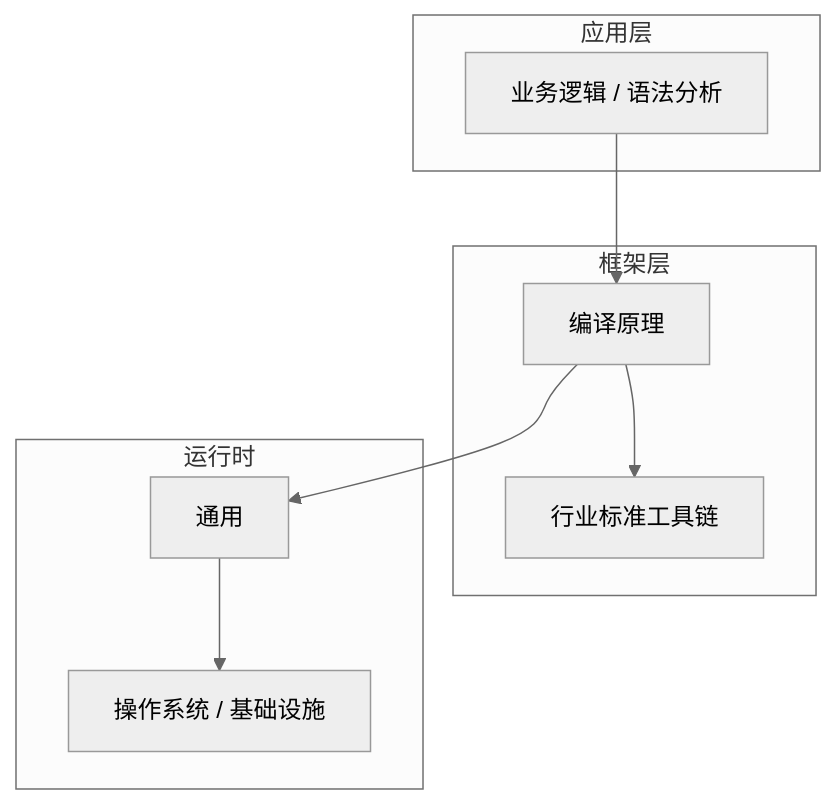
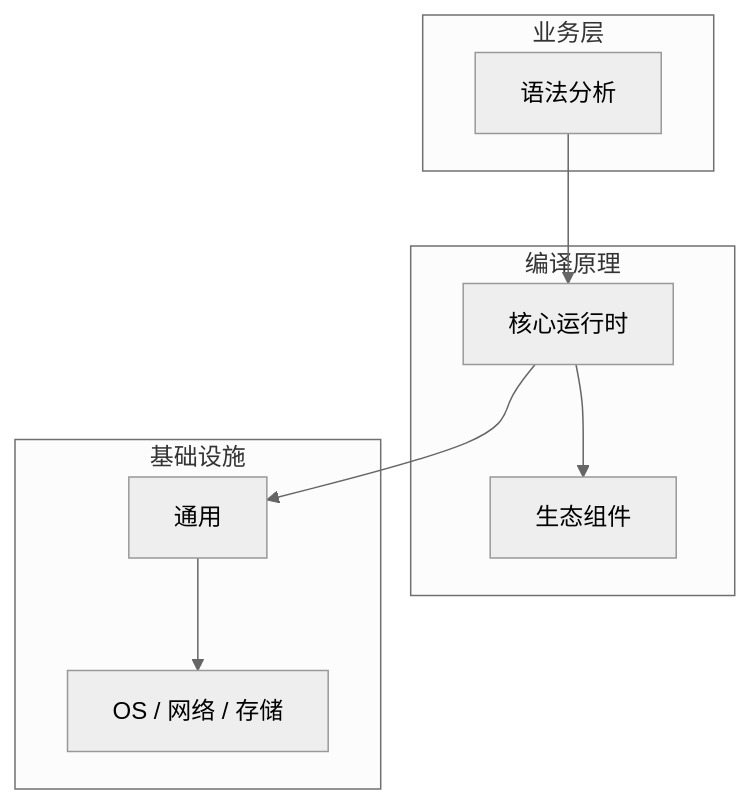
One commit to yanggan2015/knowledge-json-v2 changed the diagram in articles/编译原理/chapters/021-语法分析核心概念与原理.md. Above: the diagram before and after it, drawn with Mermaid (neutral theme). The commit also changed other lines of this file and 10127 other files, not shown here.

````diff
--- a/articles/编译原理/chapters/021-语法分析核心概念与原理.md
+++ b/articles/编译原理/chapters/021-语法分析核心概念与原理.md
@@ -45,18 +34,18 @@
 ```mermaid
 graph TB
-    subgraph 应用层
-        A[业务逻辑 / 语法分析]
+    subgraph 业务层
+        A[语法分析]
     end
-    subgraph 框架层
-        B[编译原理]
-        C[行业标准工具链]
+    subgraph 编译原理
+        B[核心运行时]
+        C[生态组件]
     end
-    subgraph 运行时
+    subgraph 基础设施
         D[通用]
-        E[操作系统 / 基础设施]
+        E[OS / 网络 / 存储]
     end
     A --> B
     B --> C
     B --> D
     D --> E
 ```
````
